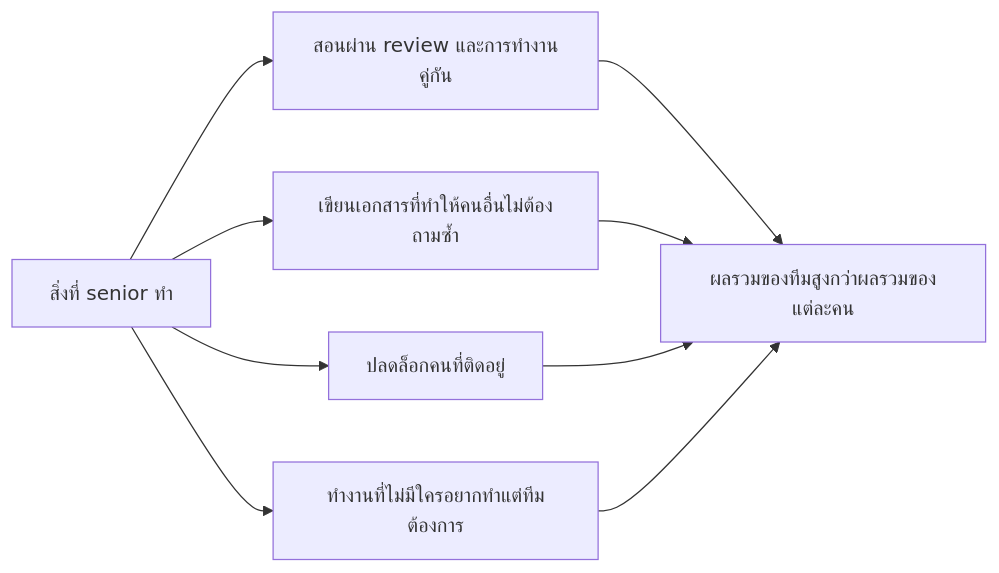
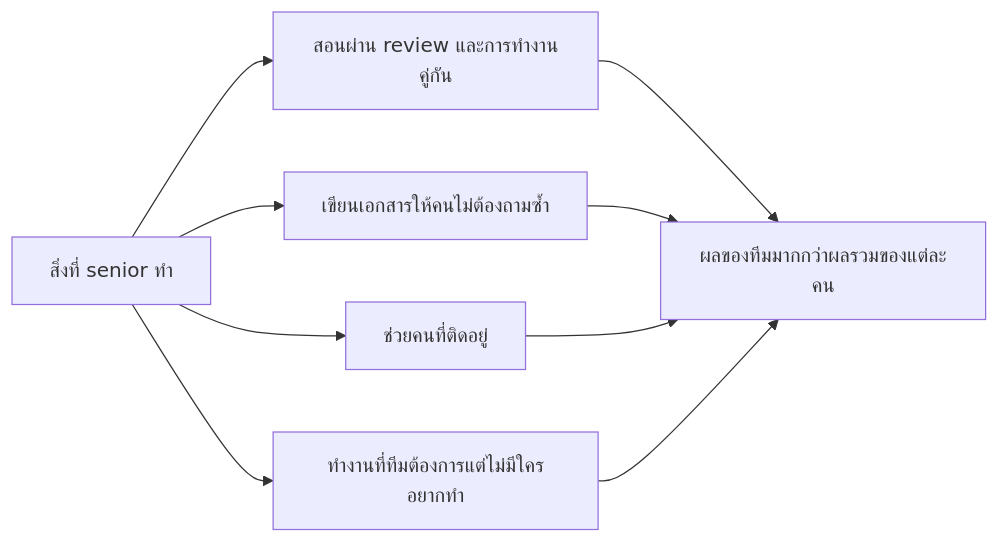
The fourth of 8 diagrams in readings/06-senior-software-engineer.md (CE-SDPX/SDPX-AI), drawn with Mermaid before and after one commit. The commit also changed other lines of this file and 6 other files, not shown here.

````diff
--- a/readings/06-senior-software-engineer.md
+++ b/readings/06-senior-software-engineer.md
@@ -214,11 +200,11 @@
 ```mermaid
 flowchart LR
     S["สิ่งที่ senior ทำ"] --> A["สอนผ่าน review และการทำงานคู่กัน"]
-    S --> B["เขียนเอกสารที่ทำให้คนอื่นไม่ต้องถามซ้ำ"]
-    S --> C["ปลดล็อกคนที่ติดอยู่"]
-    S --> D["ทำงานที่ไม่มีใครอยากทำแต่ทีมต้องการ"]
-    A --> M["ผลรวมของทีมสูงกว่าผลรวมของแต่ละคน"]
+    S --> B["เขียนเอกสารให้คนไม่ต้องถามซ้ำ"]
+    S --> C["ช่วยคนที่ติดอยู่"]
+    S --> D["ทำงานที่ทีมต้องการแต่ไม่มีใครอยากทำ"]
+    A --> M["ผลของทีมมากกว่าผลรวมของแต่ละคน"]
     B --> M
     C --> M
     D --> M
 ```
````
